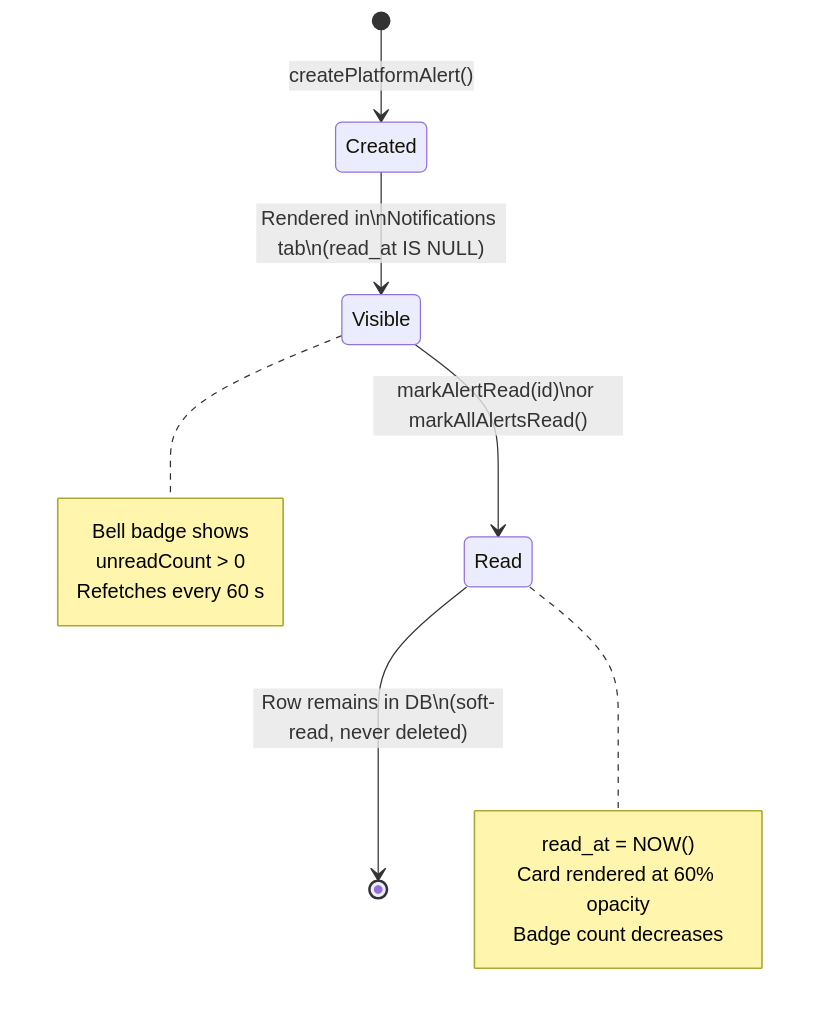
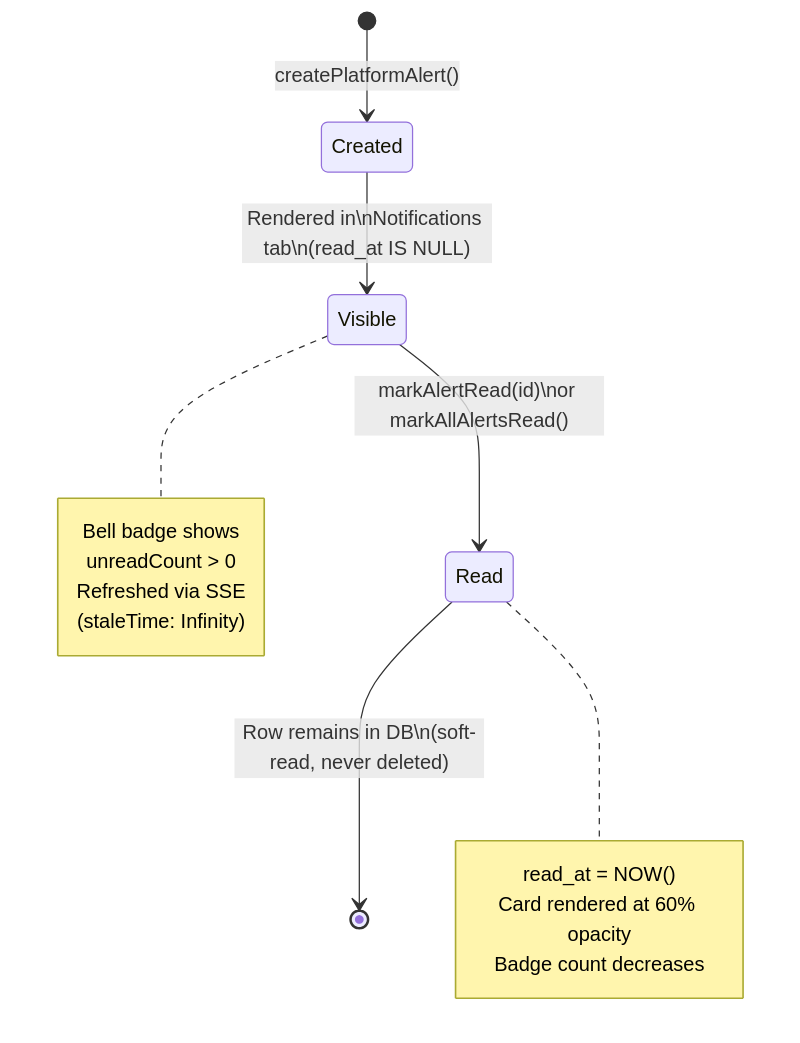
One commit to BarreraSlzr/orders_managment changed the fourth of 8 diagrams in docs/ALERTS_WEBHOOK_FLOWS.md. Above: the diagram before and after it, drawn with Mermaid. The commit also changed other lines of this file and 5 other files, not shown here.

````diff
--- a/docs/ALERTS_WEBHOOK_FLOWS.md
+++ b/docs/ALERTS_WEBHOOK_FLOWS.md
@@ -161,22 +161,23 @@
 ```mermaid
 stateDiagram-v2
     [*] --> Created : createPlatformAlert()
 
     Created --> Visible : Rendered in\nNotifications tab\n(read_at IS NULL)
 
     Visible --> Read : markAlertRead(id)\nor markAllAlertsRead()
 
     Read --> [*] : Row remains in DB\n(soft-read, never deleted)
 
     note right of Visible
         Bell badge shows
         unreadCount > 0
-        Refetches every 60 s
+        Refreshed via SSE
+        (staleTime: Infinity)
     end note
 
     note right of Read
         read_at = NOW()
         Card rendered at 60% opacity
         Badge count decreases
     end note
 ```
````
